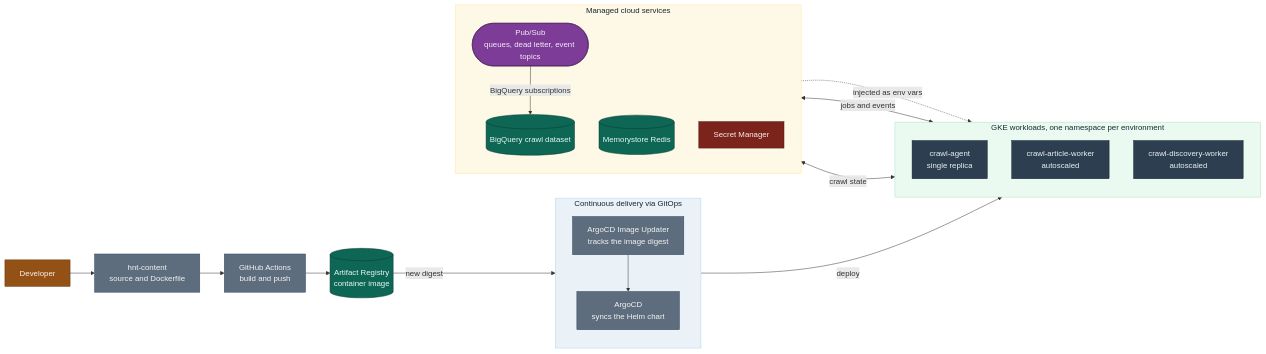
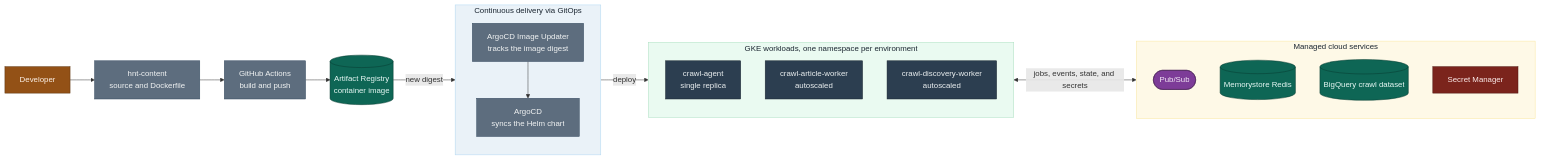
The fifth of 5 diagrams in docs/ARCHITECTURE.md (mozilla/hnt-content), drawn with Mermaid before and after one commit. The commit also changed other lines of this file, not shown here.

Commit message:
docs(HNT-2086): refine diagrams and prose from review feedback

````diff
--- a/docs/ARCHITECTURE.md
+++ b/docs/ARCHITECTURE.md
@@ -313,45 +308,43 @@
 ```mermaid
 flowchart LR
     dev["Developer"]:::actor
     repo["hnt-content<br/>source and Dockerfile"]:::platform
     ci["GitHub Actions<br/>build and push"]:::platform
     gar[("Artifact Registry<br/>container image")]:::store
 
     subgraph delivery["Continuous delivery via GitOps"]
         direction TB
         iu["ArgoCD Image Updater<br/>tracks the image digest"]:::platform
         argo["ArgoCD<br/>syncs the Helm chart"]:::platform
+        iu --> argo
     end
 
     subgraph gke["GKE workloads, one namespace per environment"]
         direction TB
         agent["crawl-agent<br/>single replica"]:::service
         artw["crawl-article-worker<br/>autoscaled"]:::service
         discw["crawl-discovery-worker<br/>autoscaled"]:::service
     end
 
     subgraph gcp["Managed cloud services"]
         direction TB
-        pubsub(["Pub/Sub<br/>queues, dead letter, event topics"]):::messaging
+        pubsub(["Pub/Sub"]):::messaging
         redis[("Memorystore Redis")]:::store
         bq[("BigQuery crawl dataset")]:::store
         sm["Secret Manager"]:::secret
     end
 
-    dev --> repo --> ci --> gar
-    gar -->|new digest| iu --> argo -->|deploy| gke
-    gke <-->|jobs and events| pubsub
-    gke <-->|crawl state| redis
-    pubsub -->|BigQuery subscriptions| bq
-    sm -.->|injected as env vars| gke
+    dev --> repo --> ci --> gar -->|new digest| iu
+    argo -->|deploy| gke
+    gke <-->|jobs, events, state, and secrets| gcp
 
     classDef service fill:#2c3e50,stroke:#1a252f,color:#ecf0f1,stroke-width:1px
     classDef messaging fill:#7d3c98,stroke:#4a235a,color:#f4ecf7,stroke-width:1px
     classDef store fill:#0e6655,stroke:#073b31,color:#e8f8f5,stroke-width:1px
     classDef platform fill:#5d6d7e,stroke:#34495e,color:#f2f4f4,stroke-width:1px
     classDef actor fill:#935116,stroke:#5b3410,color:#fdf2e9,stroke-width:1px
     classDef secret fill:#7b241c,stroke:#4a1410,color:#fdedec,stroke-width:1px
     style delivery fill:#eaf2f8,stroke:#aed6f1,color:#1b2631
     style gke fill:#eafaf1,stroke:#a9dfbf,color:#1b2631
     style gcp fill:#fef9e7,stroke:#f9e79f,color:#1b2631
 ```
````
